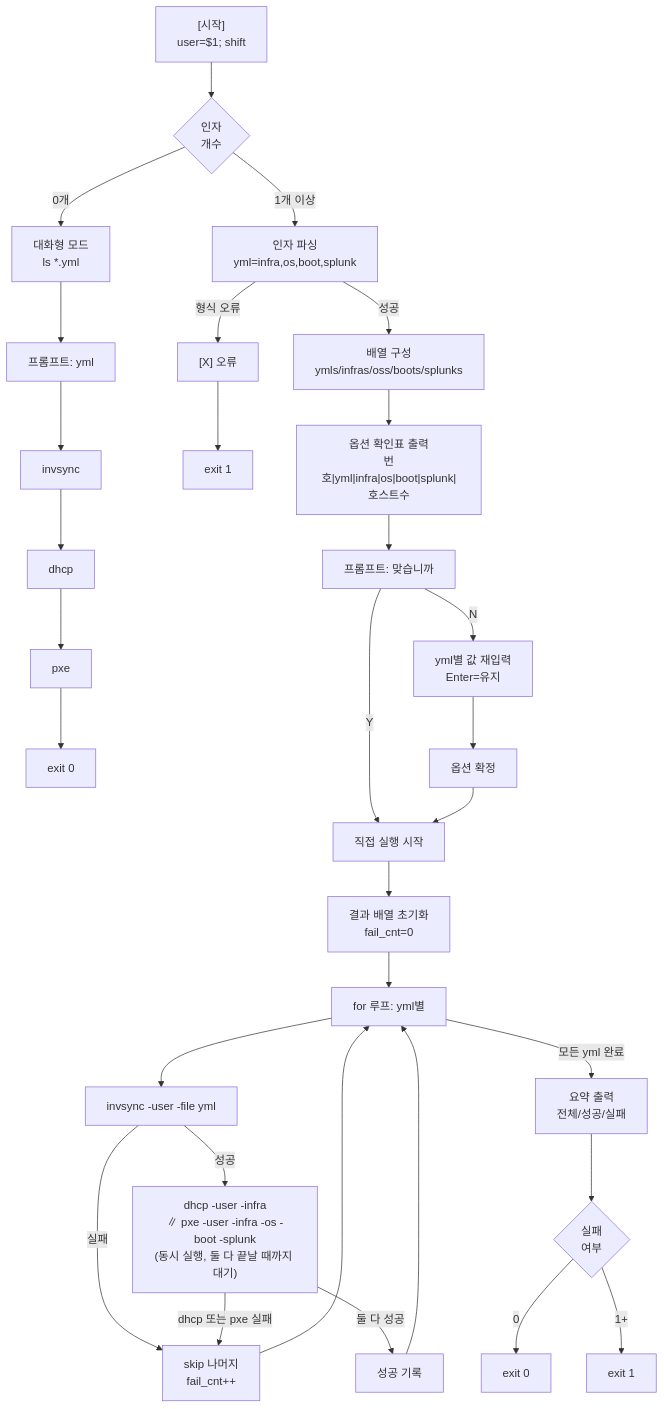
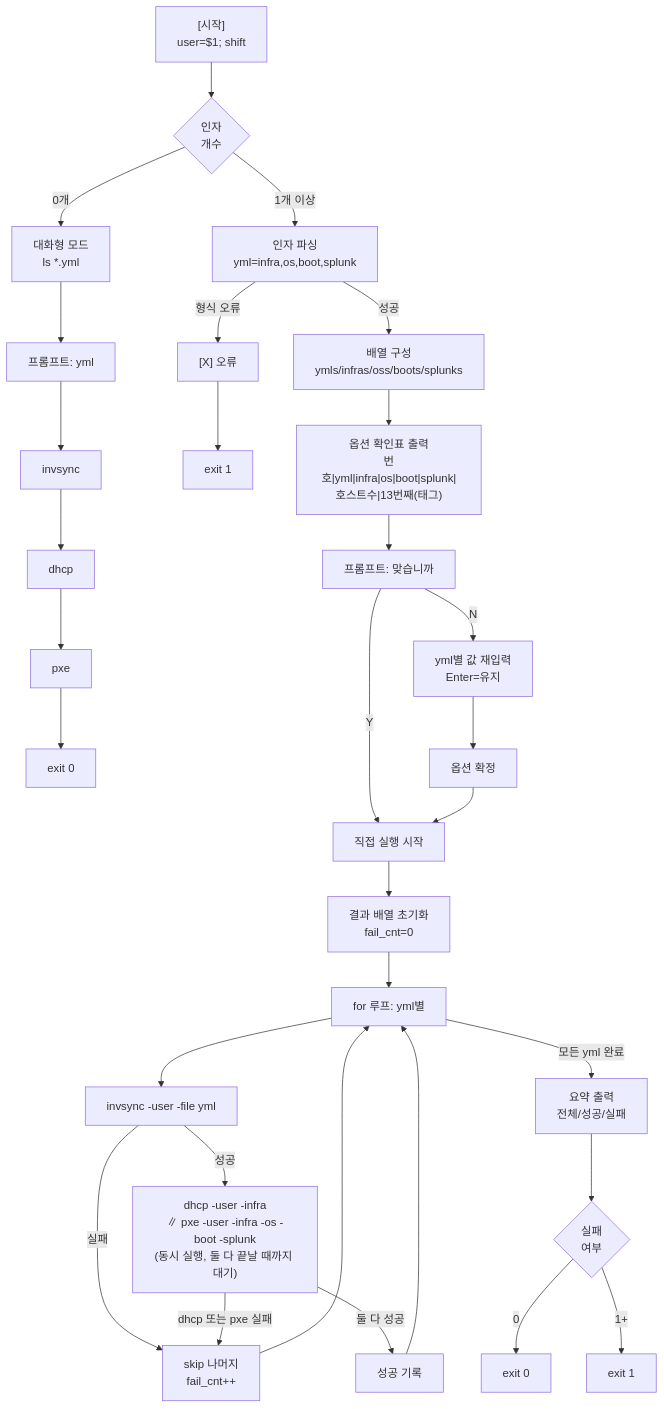
The third of 3 diagrams in .claude/HPC/awx_script/WORKFLOW.md (qazx2675/myrepo), drawn with Mermaid before and after one commit. The commit also changed other lines of this file and 9 other files, not shown here.

````diff
--- a/.claude/HPC/awx_script/WORKFLOW.md
+++ b/.claude/HPC/awx_script/WORKFLOW.md
@@ -100,36 +100,36 @@
 ```mermaid
 flowchart TD
     A["[시작]<br/>user=$1; shift"] --> B{"인자<br/>개수"}
     B -->|0개| B1["대화형 모드<br/>ls *.yml"]
     B1 --> B2["프롬프트: yml"]
     B2 --> C1["invsync"]
     C1 --> C2["dhcp"]
     C2 --> C3["pxe"]
     C3 --> END1["exit 0"]
     
     B -->|1개 이상| D["인자 파싱<br/>yml=infra,os,boot,splunk"]
     D -->|형식 오류| D1["[X] 오류"]
     D1 --> END2["exit 1"]
     D -->|성공| E["배열 구성<br/>ymls/infras/oss/boots/splunks"]
     
-    E --> F["옵션 확인표 출력<br/>번호|yml|infra|os|boot|splunk|호스트수"]
+    E --> F["옵션 확인표 출력<br/>번호|yml|infra|os|boot|splunk|호스트수|13번째(태그)"]
     F --> G["프롬프트: 맞습니까"]
     G -->|Y| H["직접 실행 시작"]
     G -->|N| H1["yml별 값 재입력<br/>Enter=유지"]
     H1 --> H2["옵션 확정"]
     H2 --> H
     
     H --> I["결과 배열 초기화<br/>fail_cnt=0"]
     I --> J["for 루프: yml별"]
     J --> K["invsync -user -file yml"]
     K -->|실패| K1["skip 나머지<br/>fail_cnt++"]
     K1 --> J
     K -->|성공| L["dhcp -user -infra<br/>∥ pxe -user -infra -os -boot -splunk<br/>(동시 실행, 둘 다 끝날 때까지 대기)"]
     L -->|dhcp 또는 pxe 실패| K1
     L -->|둘 다 성공| M1["성공 기록"]
     M1 --> J
     J -->|모든 yml 완료| N["요약 출력<br/>전체/성공/실패"]
     N --> O{"실패<br/>여부"}
     O -->|0| END3["exit 0"]
     O -->|1+| END4["exit 1"]
 ```
````
